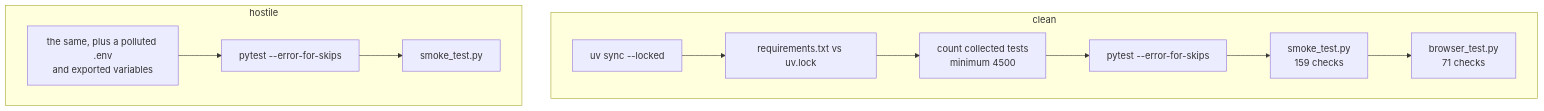
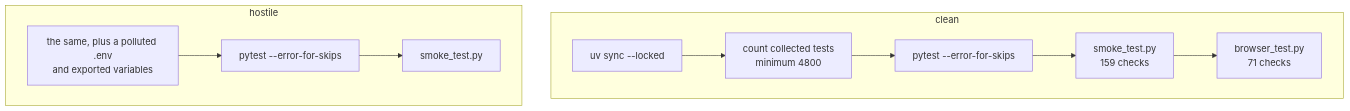
The diagram in docs/testing.md (IAMN1/link-shortener), drawn with Mermaid before and after one commit. The commit also changed other lines of this file and 11 other files, not shown here.

````diff
--- a/docs/testing.md
+++ b/docs/testing.md
@@ -496,12 +496,12 @@
 ```mermaid
 flowchart TD
     subgraph clean["clean"]
-        C1[uv sync --locked] --> C2[requirements.txt vs uv.lock]
-        C2 --> C3[count collected tests<br/>minimum 4500] --> C4[pytest --error-for-skips]
+        C1[uv sync --locked] --> C3[count collected tests<br/>minimum 4800]
+        C3 --> C4[pytest --error-for-skips]
         C4 --> C5[smoke_test.py<br/>159 checks] --> C6[browser_test.py<br/>71 checks]
     end
     subgraph hostile["hostile"]
         H1[the same, plus a polluted .env<br/>and exported variables] --> H2[pytest --error-for-skips]
         H2 --> H3[smoke_test.py]
     end
 ```
````
